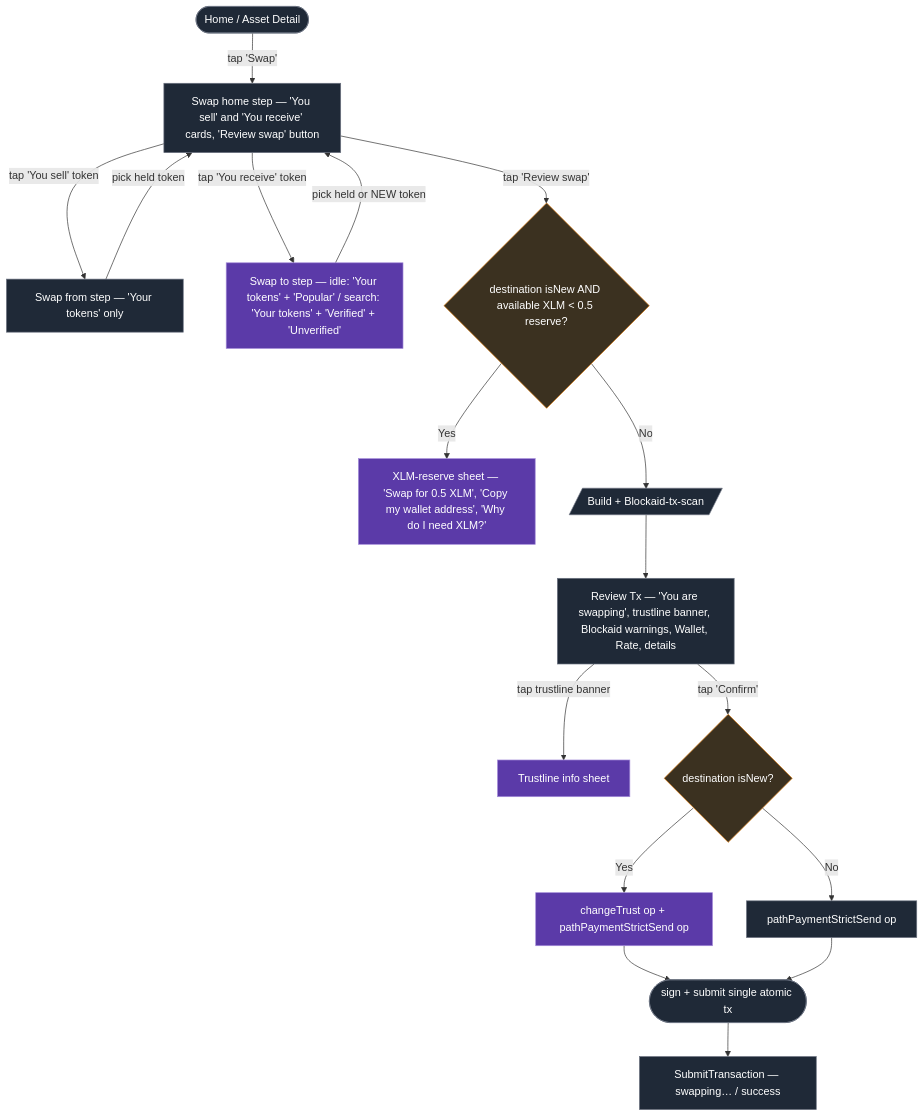
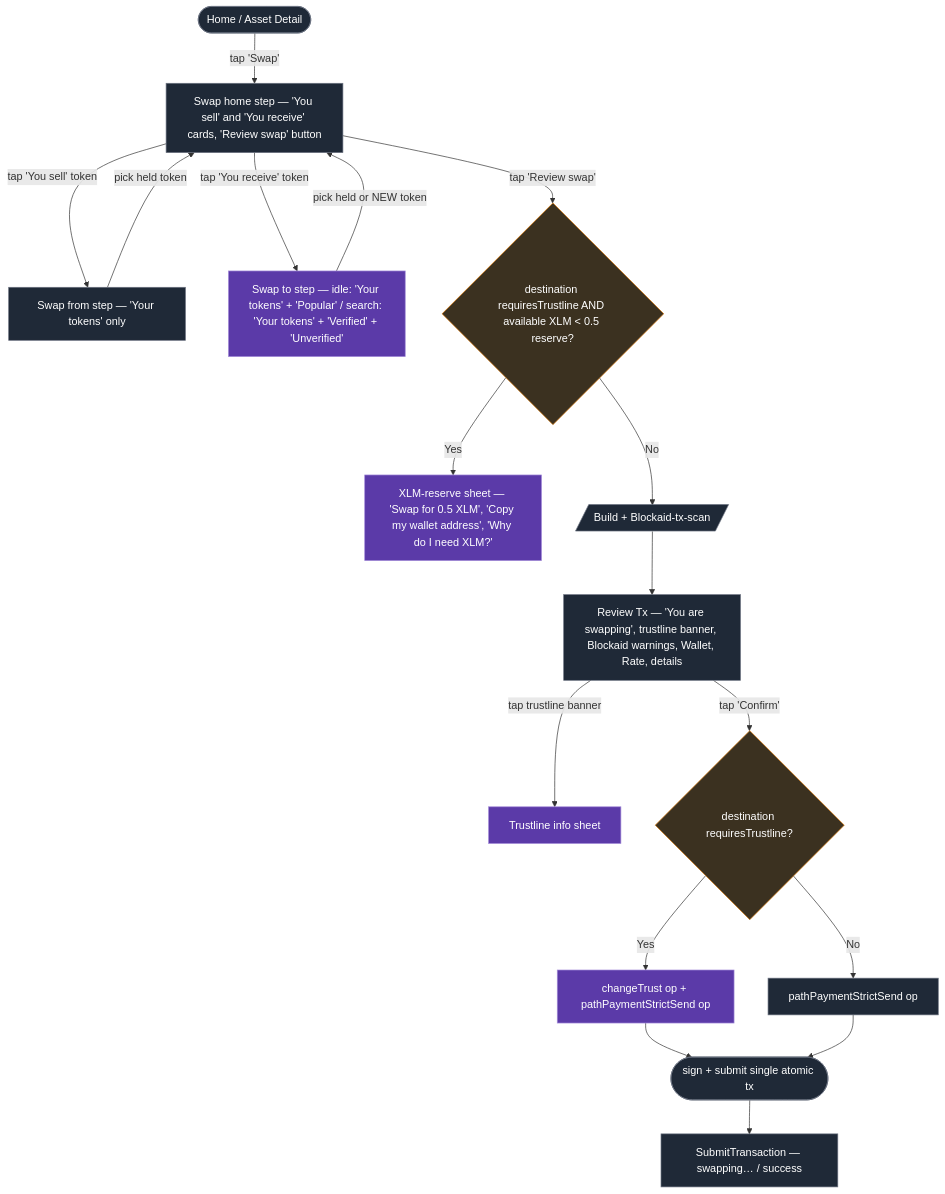
The diagram in extension/specs/swap-to-new-token-design.md (stellar/freighter), drawn with Mermaid before and after one commit. The commit also changed other lines of this file, not shown here.

First line of the commit message:
[Extension] Rename isNew -> requiresTrustline in Swap design doc

````diff
--- a/extension/specs/swap-to-new-token-design.md
+++ b/extension/specs/swap-to-new-token-design.md
@@ -65,30 +65,30 @@
 ```mermaid
 flowchart TD
     Home([Home / Asset Detail]) -->|tap 'Swap'| Amount[Swap home step — 'You sell' and 'You receive' cards, 'Review swap' button]
 
     Amount -->|tap 'You sell' token| PickerFrom[Swap from step — 'Your tokens' only]
     Amount -->|tap 'You receive' token| PickerTo[Swap to step — idle: 'Your tokens' + 'Popular' / search: 'Your tokens' + 'Verified' + 'Unverified']
     PickerFrom -->|pick held token| Amount
     PickerTo -->|pick held or NEW token| Amount
 
-    Amount -->|tap 'Review swap'| ReserveCheck{destination isNew AND available XLM < 0.5 reserve?}
+    Amount -->|tap 'Review swap'| ReserveCheck{destination requiresTrustline AND available XLM < 0.5 reserve?}
     ReserveCheck -->|Yes| XlmSheet[XLM-reserve sheet — 'Swap for 0.5 XLM', 'Copy my wallet address', 'Why do I need XLM?']
     ReserveCheck -->|No| Build[/Build + Blockaid-tx-scan/]
 
     Build --> Review[Review Tx — 'You are swapping', trustline banner, Blockaid warnings, Wallet, Rate, details]
     Review -->|tap trustline banner| TrustInfo[Trustline info sheet]
-    Review -->|tap 'Confirm'| TxBuild{destination isNew?}
+    Review -->|tap 'Confirm'| TxBuild{destination requiresTrustline?}
 
     TxBuild -->|Yes| Atomic[changeTrust op + pathPaymentStrictSend op]
     TxBuild -->|No| PathOnly[pathPaymentStrictSend op]
     Atomic --> Submit([sign + submit single atomic tx])
     PathOnly --> Submit
     Submit --> Done[SubmitTransaction — swapping… / success]
 
     classDef new fill:#5b3aa8,stroke:#a48cd9,color:#fff
     classDef existing fill:#1f2937,stroke:#6b7280,color:#fff
     classDef decision fill:#3b3120,stroke:#d97706,color:#fff
     class PickerTo,XlmSheet,TrustInfo,Atomic new
     class Home,Amount,PickerFrom,Build,Review,PathOnly,Submit,Done existing
     class ReserveCheck,TxBuild decision
 ```
````
